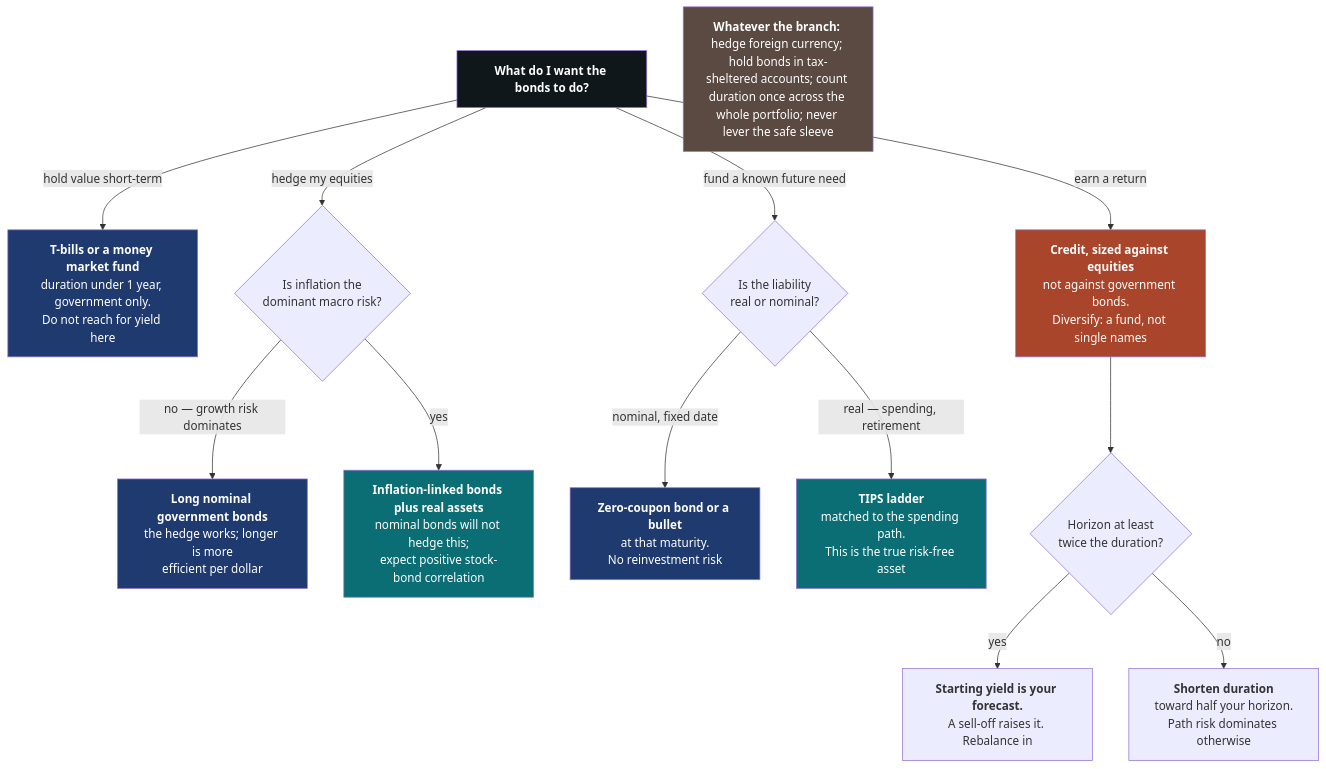
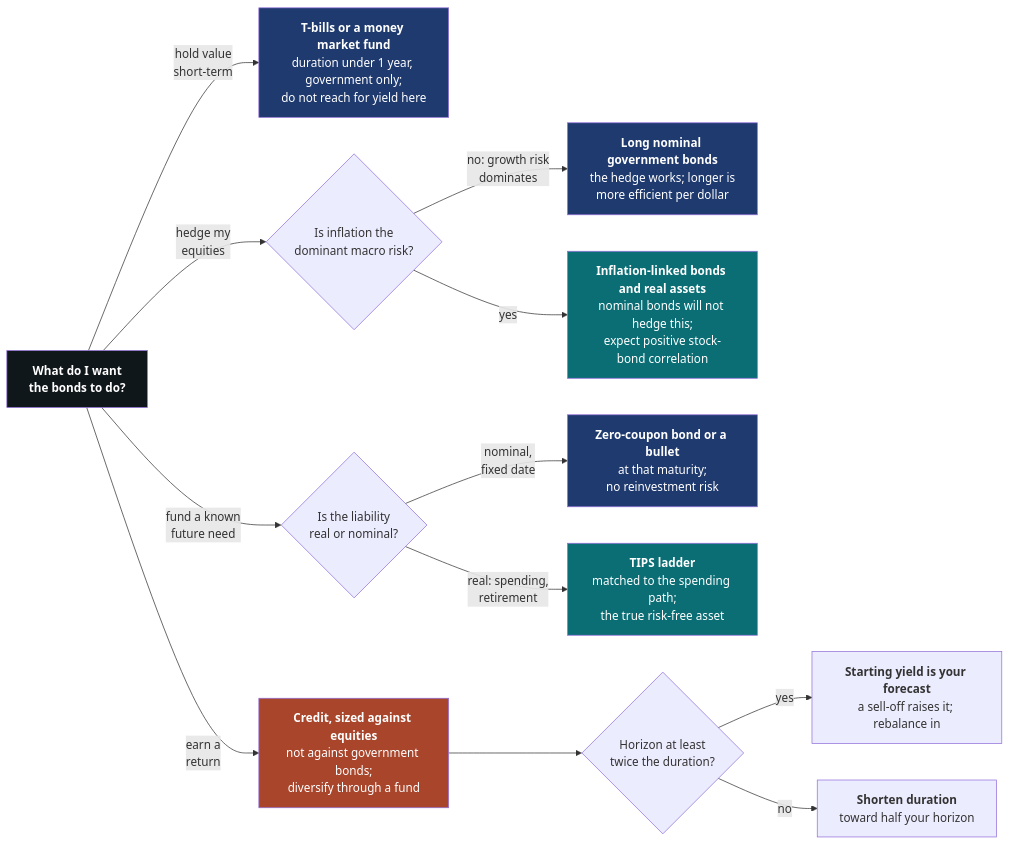
Before and after one commit to rmahfoud/quant-research: the sixth of 6 diagrams in bond_markets.md, drawn with Mermaid. The commit also changed other lines of this file and 19 other files, not shown here.

````diff
--- a/bond_markets.md
+++ b/bond_markets.md
@@ -4377,24 +4413,22 @@
 ```mermaid
-flowchart TB
-    S["<b>What do I want the bonds to do?</b>"]
-    S -->|"hold value short-term"| CASH["<b>T-bills or a money market fund</b><br/>duration under 1 year, government only.<br/>Do not reach for yield here"]
-    S -->|"hedge my equities"| HEDGE{"Is inflation the<br/>dominant macro risk?"}
-    S -->|"fund a known future need"| LIAB{"Is the liability<br/>real or nominal?"}
-    S -->|"earn a return"| RET["<b>Credit, sized against equities</b><br/>not against government bonds.<br/>Diversify: a fund, not single names"]
-    HEDGE -->|"no — growth risk dominates"| H1["<b>Long nominal government bonds</b><br/>the hedge works; longer is more<br/>efficient per dollar"]
-    HEDGE -->|"yes"| H2["<b>Inflation-linked bonds plus real assets</b><br/>nominal bonds will not hedge this;<br/>expect positive stock-bond correlation"]
-    LIAB -->|"nominal, fixed date"| L1["<b>Zero-coupon bond or a bullet</b><br/>at that maturity.<br/>No reinvestment risk"]
-    LIAB -->|"real — spending, retirement"| L2["<b>TIPS ladder</b><br/>matched to the spending path.<br/>This is the true risk-free asset"]
+flowchart LR
+    S["<b>What do I want<br/>the bonds to do?</b>"]
+    S -->|"hold value<br/>short-term"| CASH["<b>T-bills or a money market fund</b><br/>duration under 1 year, government only;<br/>do not reach for yield here"]
+    S -->|"hedge my<br/>equities"| HEDGE{"Is inflation the<br/>dominant macro risk?"}
+    S -->|"fund a known<br/>future need"| LIAB{"Is the liability<br/>real or nominal?"}
+    S -->|"earn a<br/>return"| RET["<b>Credit, sized against equities</b><br/>not against government bonds;<br/>diversify through a fund"]
+    HEDGE -->|"no: growth risk<br/>dominates"| H1["<b>Long nominal government bonds</b><br/>the hedge works; longer is<br/>more efficient per dollar"]
+    HEDGE -->|"yes"| H2["<b>Inflation-linked bonds and real assets</b><br/>nominal bonds will not hedge this;<br/>expect positive stock-bond correlation"]
+    LIAB -->|"nominal,<br/>fixed date"| L1["<b>Zero-coupon bond or a bullet</b><br/>at that maturity;<br/>no reinvestment risk"]
+    LIAB -->|"real: spending,<br/>retirement"| L2["<b>TIPS ladder</b><br/>matched to the spending path;<br/>the true risk-free asset"]
     RET --> R1{"Horizon at least<br/>twice the duration?"}
-    R1 -->|"yes"| R2["<b>Starting yield is your forecast.</b><br/>A sell-off raises it. Rebalance in"]
-    R1 -->|"no"| R3["<b>Shorten duration</b><br/>toward half your horizon.<br/>Path risk dominates otherwise"]
-    ALL["<b>Whatever the branch:</b> hedge foreign currency; hold bonds in tax-sheltered accounts; count duration once across the whole portfolio; never lever the safe sleeve"]
+    R1 -->|"yes"| R2["<b>Starting yield is your forecast</b><br/>a sell-off raises it; rebalance in"]
+    R1 -->|"no"| R3["<b>Shorten duration</b><br/>toward half your horizon"]
     style S fill:#10171B,color:#fff
     style CASH fill:#1F3A6E,color:#fff
     style H1 fill:#1F3A6E,color:#fff
     style H2 fill:#0B6E75,color:#fff
     style L1 fill:#1F3A6E,color:#fff
     style L2 fill:#0B6E75,color:#fff
     style RET fill:#A8452B,color:#fff
-    style ALL fill:#5A4A42,color:#fff
 ```
````
